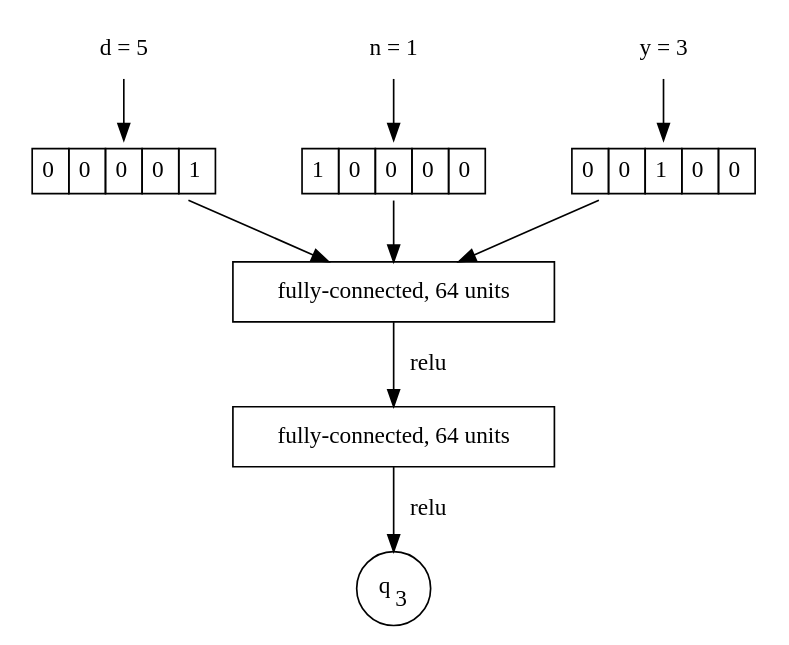
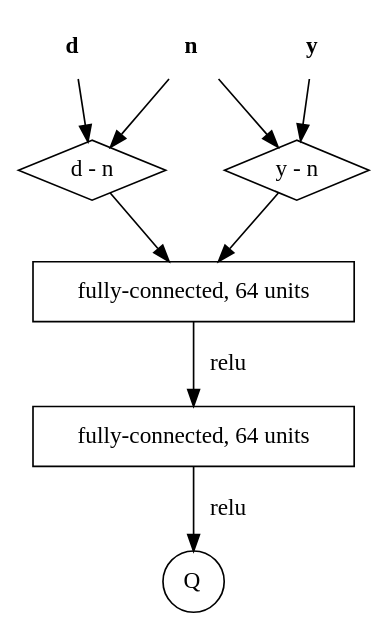
Before and after one commit to flyingleafe/itmo-ctd-msc-thesis: the diagram in img/nn-1-one-out.dot, drawn with Graphviz. The commit also changed 8 other files, not shown here.

```diff
--- a/img/nn-1-one-out.dot
+++ b/img/nn-1-one-out.dot
@@ -1,59 +1,34 @@
 digraph basic_nn {
   node [shape="plaintext"]
-  d_label [label="d = 5"]
-  s_label [label="n = 1"]
-  y_label [label="y = 3"]
+  d_label [label=<<B>d</B>>]
+  s_label [label=<<B>n</B>>]
+  y_label [label=<<B>y</B>>]
 
-  node [shape=none];
-  d_input [label=<<table border="0" cellspacing="0" cellborder="1" cellpadding="5">
-                     <tr border="0">
-                        <td>0</td>
-                        <td>0</td>
-                        <td>0</td>
-                        <td>0</td>
-                        <td>1</td>
-                      </tr>
-                   </table>>,
-                   ];
-  s_input [label=<<table border="0" cellspacing="0"  cellpadding="5">
-                      <tr border="0">
-                        <td border="1">1</td>
-                        <td border="1">0</td>
-                        <td border="1">0</td>
-                        <td border="1">0</td>
-                        <td border="1">0</td>
-                      </tr>
-                  </table>>]; 
-  y_input [label=<<table border="0" cellspacing="0" cellpadding="5">
-                      <tr border="0">
-                        <td border="1">0</td>
-                        <td border="1">0</td>
-                        <td border="1">1</td>
-                        <td border="1">0</td>
-                        <td border="1">0</td>
-                      </tr>
-                      </table>>];
+  node [shape="diamond"];
+  min_d [label="d - n"];
+  min_y [label="y - n"];
 
   subgraph {
-    {rank=same; d_input, s_input, y_input} 
+    {rank=same; min_d, min_y} 
   }
 
   node [shape="box"]
   layer_1 [label="fully-connected, 64 units"];
   layer_2 [label="fully-connected, 64 units"];
-  output [shape="circle" label=<q<SUB>3</SUB>>];
+
+  output [shape="circle" label=<Q>];
  
-  d_label -> d_input
-  s_label -> s_input
-  y_label -> y_input
+  d_label -> min_d
+  s_label -> min_d
+  s_label -> min_y
+  y_label -> min_y
 
-  d_input -> layer_1
-  s_input -> layer_1
-  y_input -> layer_1
+  min_d -> layer_1
+  min_y -> layer_1
 
   layer_1 -> layer_2 [label="  relu"]
   layer_2 -> output [label="  relu"]
 
   edge [style="invis"]
-  d_input -> s_input -> y_input
+  min_d -> min_y
 }
```
